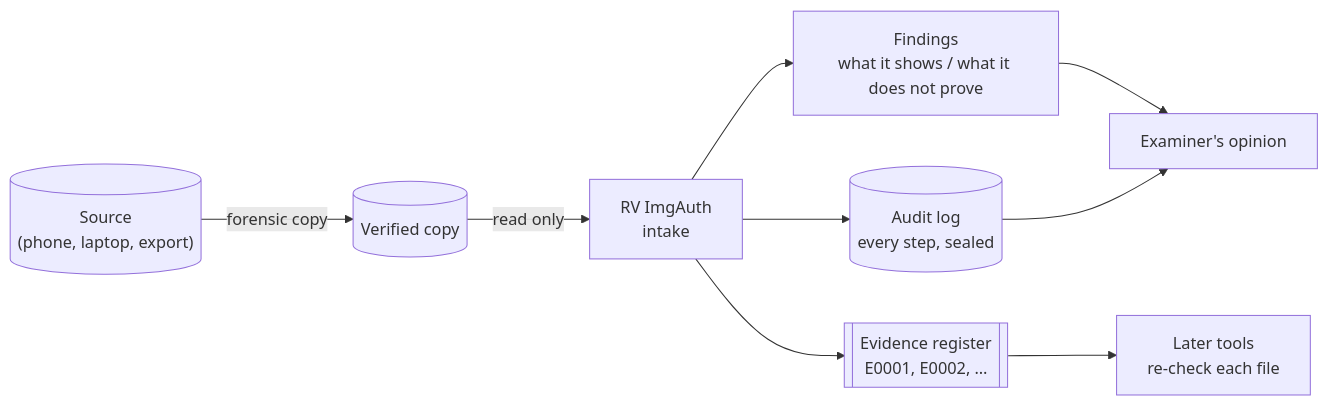
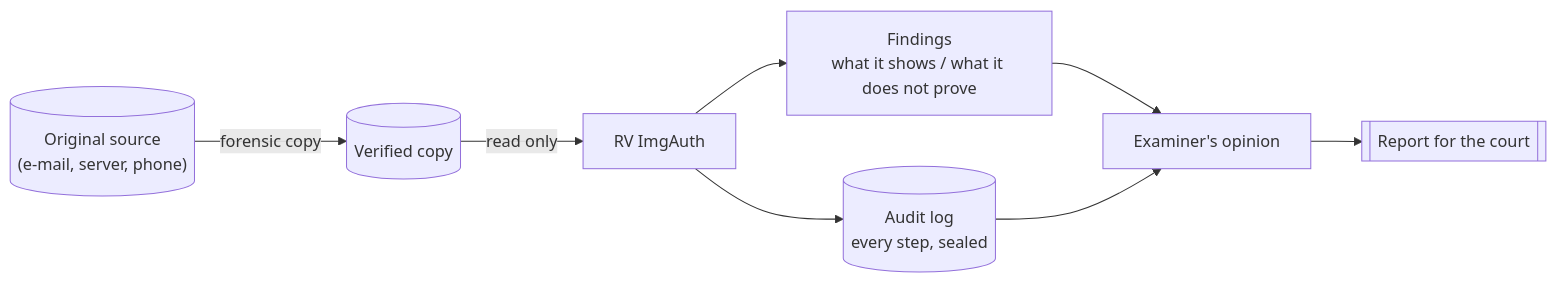
The first of 16 diagrams in docs/theory.md (Panacota96/rv-imgauth), drawn with Mermaid before and after one commit. The commit also changed other lines of this file and 84 other files, not shown here.

````diff
--- a/docs/theory.md
+++ b/docs/theory.md
@@ -69,11 +63,10 @@
 ```mermaid
 flowchart LR
-    S[("Source<br/>(phone, laptop, export)")] -->|forensic copy| C[("Verified copy")]
-    C -->|read only| T["RV ImgAuth<br/>intake"]
+    S[("Original source<br/>(e-mail, server, phone)")] -->|forensic copy| C[("Verified copy")]
+    C -->|read only| T["RV ImgAuth"]
     T --> F["Findings<br/>what it shows / what it does not prove"]
-    T --> R[["Evidence register<br/>E0001, E0002, …"]]
     T --> L[("Audit log<br/>every step, sealed")]
-    R --> A["Later tools<br/>re-check each file"]
     F --> E["Examiner's opinion"]
     L --> E
+    E --> R[["Report for the court"]]
 ```
````
